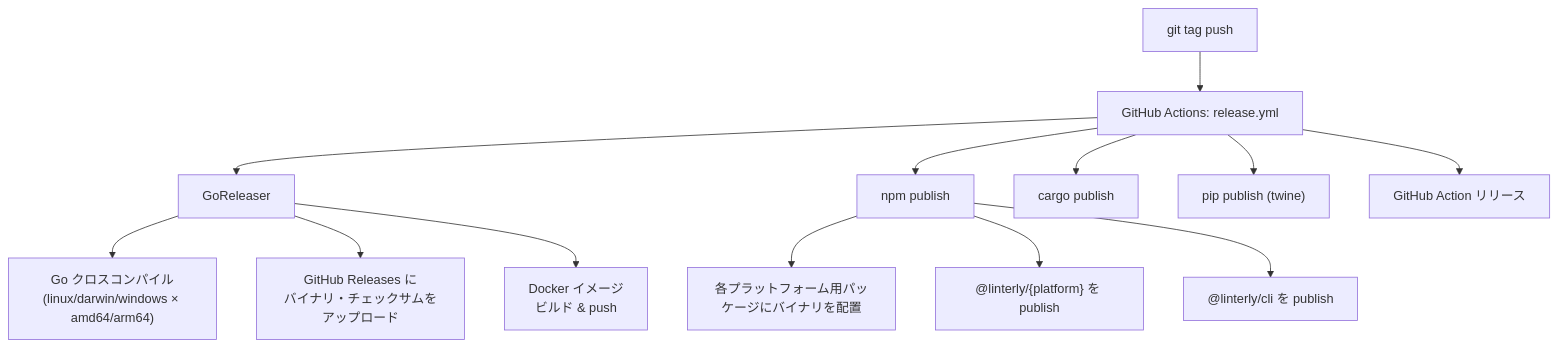
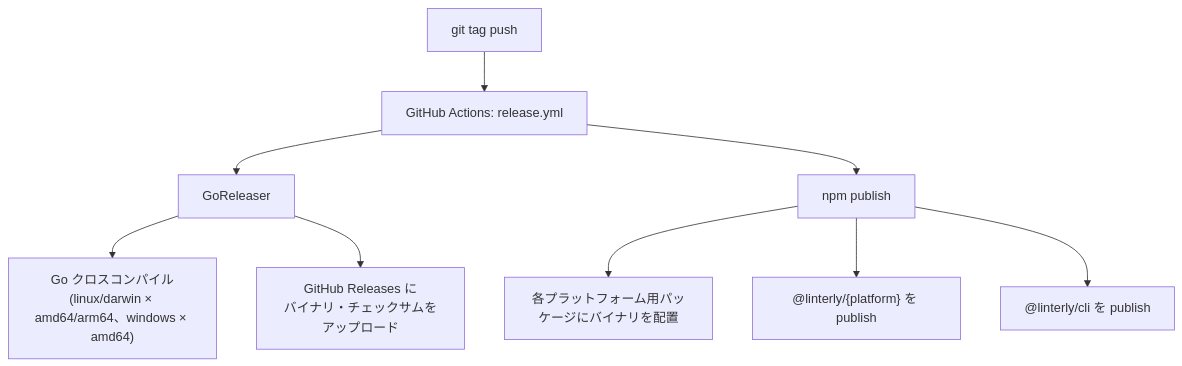
The third of 3 diagrams in docs/architecture/overview.md (ousiassllc/Linterly), drawn with Mermaid before and after one commit. The commit also changed other lines of this file and 4 other files, not shown here.

````diff
--- a/docs/architecture/overview.md
+++ b/docs/architecture/overview.md
@@ -138,18 +140,13 @@
 ```mermaid
 graph TD
     A["git tag push"] --> B["GitHub Actions: release.yml"]
 
     B --> C["GoReleaser"]
-    C --> C1["Go クロスコンパイル<br/>(linux/darwin/windows × amd64/arm64)"]
+    C --> C1["Go クロスコンパイル<br/>(linux/darwin × amd64/arm64、windows × amd64)"]
     C --> C2["GitHub Releases に<br/>バイナリ・チェックサムをアップロード"]
-    C --> C3["Docker イメージ<br/>ビルド & push"]
 
     B --> D["npm publish"]
     D --> D1["各プラットフォーム用パッケージにバイナリを配置"]
     D --> D2["@linterly/{platform} を publish"]
     D --> D3["@linterly/cli を publish"]
-
-    B --> E["cargo publish"]
-    B --> F["pip publish (twine)"]
-    B --> G["GitHub Action リリース"]
 ```
````
